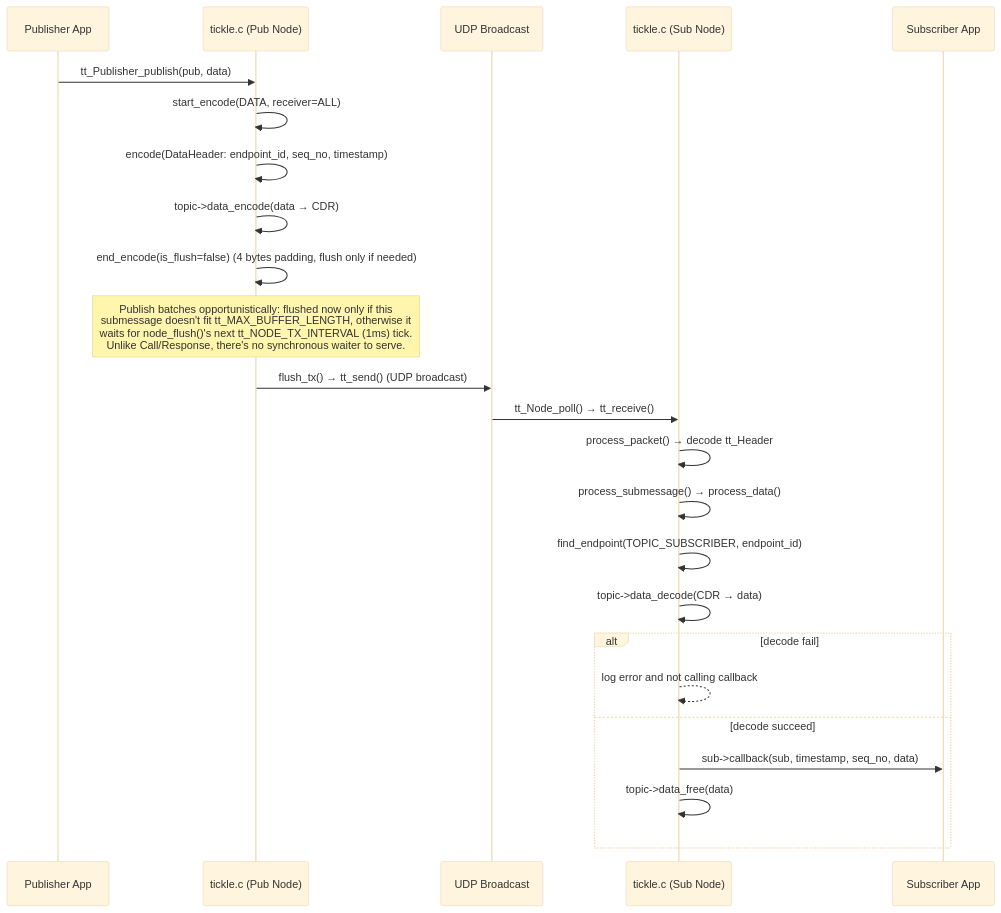
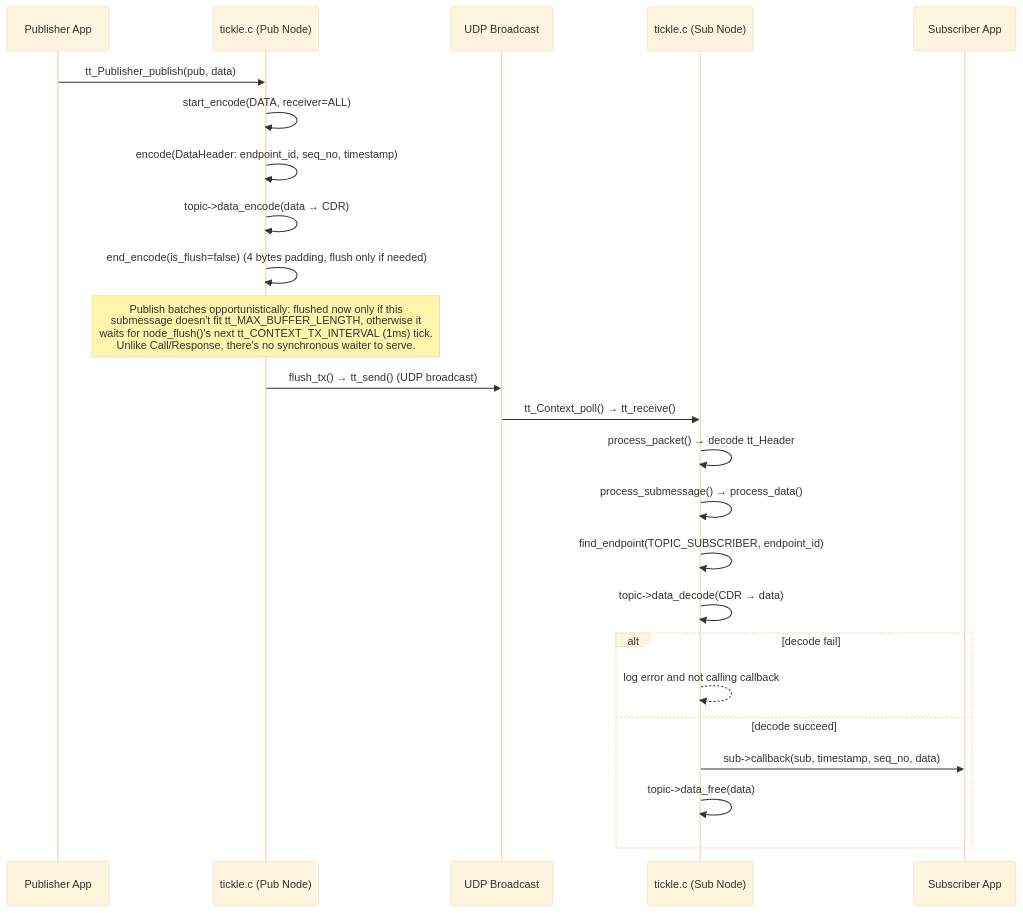
Before and after one commit to tsnlab/tickle: the third of 4 diagrams in DESIGN.md, drawn with Mermaid (base theme). The commit also changed other lines of this file and 123 other files, not shown here.

````diff
--- a/DESIGN.md
+++ b/DESIGN.md
@@ -210,28 +210,28 @@
 ```mermaid
 sequenceDiagram
     participant PubApp as Publisher App
     participant PubTickle as tickle.c (Pub Node)
     participant Net as UDP Broadcast
     participant SubTickle as tickle.c (Sub Node)
     participant SubApp as Subscriber App
 
     PubApp->>PubTickle: tt_Publisher_publish(pub, data)
     PubTickle->>PubTickle: start_encode(DATA, receiver=ALL)
     PubTickle->>PubTickle: encode(DataHeader: endpoint_id, seq_no, timestamp)
     PubTickle->>PubTickle: topic->data_encode(data → CDR)
     PubTickle->>PubTickle: end_encode(is_flush=false) (4 bytes padding, flush only if needed)
-    Note over PubTickle: Publish batches opportunistically: flushed now only if this<br/>submessage doesn't fit tt_MAX_BUFFER_LENGTH, otherwise it<br/>waits for node_flush()'s next tt_NODE_TX_INTERVAL (1ms) tick.<br/>Unlike Call/Response, there's no synchronous waiter to serve.
+    Note over PubTickle: Publish batches opportunistically: flushed now only if this<br/>submessage doesn't fit tt_MAX_BUFFER_LENGTH, otherwise it<br/>waits for node_flush()'s next tt_CONTEXT_TX_INTERVAL (1ms) tick.<br/>Unlike Call/Response, there's no synchronous waiter to serve.
     PubTickle->>Net: flush_tx() → tt_send() (UDP broadcast)
 
-    Net->>SubTickle: tt_Node_poll() → tt_receive()
+    Net->>SubTickle: tt_Context_poll() → tt_receive()
     SubTickle->>SubTickle: process_packet() → decode tt_Header
     SubTickle->>SubTickle: process_submessage() → process_data()
     SubTickle->>SubTickle: find_endpoint(TOPIC_SUBSCRIBER, endpoint_id)
     SubTickle->>SubTickle: topic->data_decode(CDR → data)
     alt decode fail
         SubTickle-->>SubTickle: log error and not calling callback
     else decode succeed
         SubTickle->>SubApp: sub->callback(sub, timestamp, seq_no, data)
         SubTickle->>SubTickle: topic->data_free(data)
     end
 ```
````
